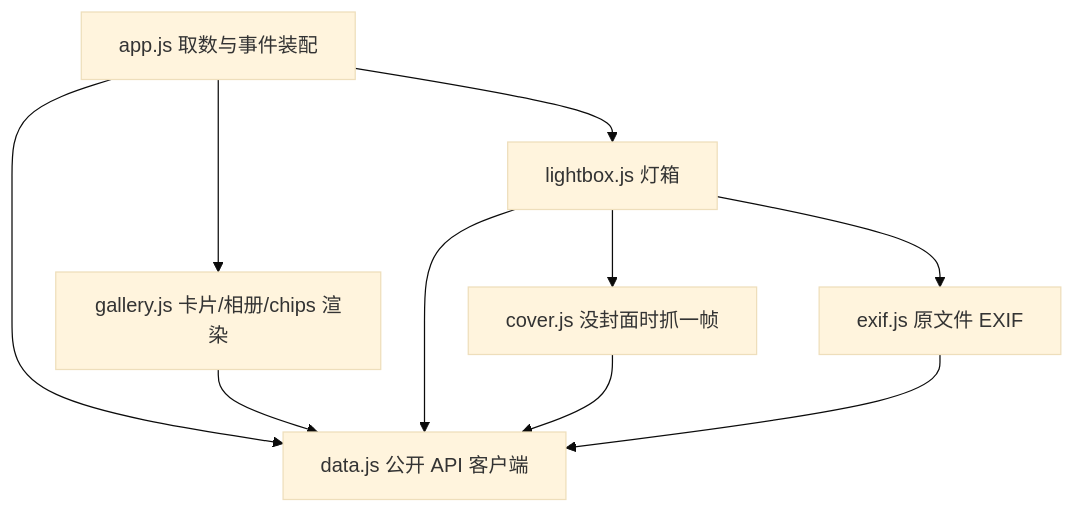
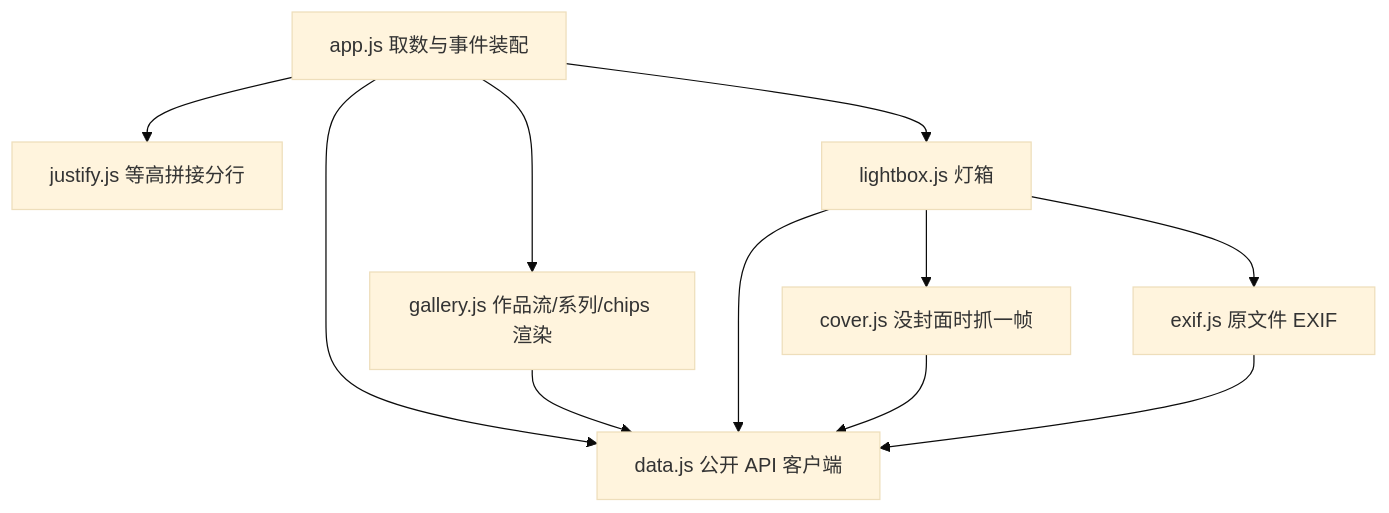
The diagram in Photography/README.md (hurss11/Collection-of-Time), drawn with Mermaid (base theme) before and after one commit. The commit also changed other lines of this file and 8 other files, not shown here.

````diff
--- a/Photography/README.md
+++ b/Photography/README.md
@@ -649,12 +659,13 @@
 ```mermaid
 graph TD
   app[app.js 取数与事件装配] --> data[data.js 公开 API 客户端]
-  app --> gallery[gallery.js 卡片/相册/chips 渲染]
+  app --> gallery[gallery.js 作品流/系列/chips 渲染]
+  app --> justify[justify.js 等高拼接分行]
   app --> lightbox[lightbox.js 灯箱]
   gallery --> data
   lightbox --> data
   lightbox --> exif[exif.js 原文件 EXIF]
   lightbox --> cover[cover.js 没封面时抓一帧]
   cover --> data
   exif --> data
 ```
````
